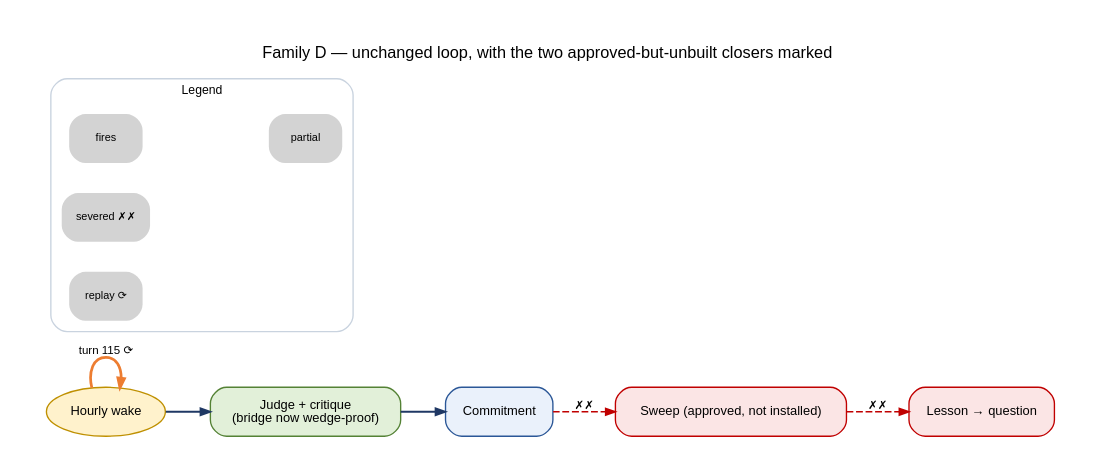
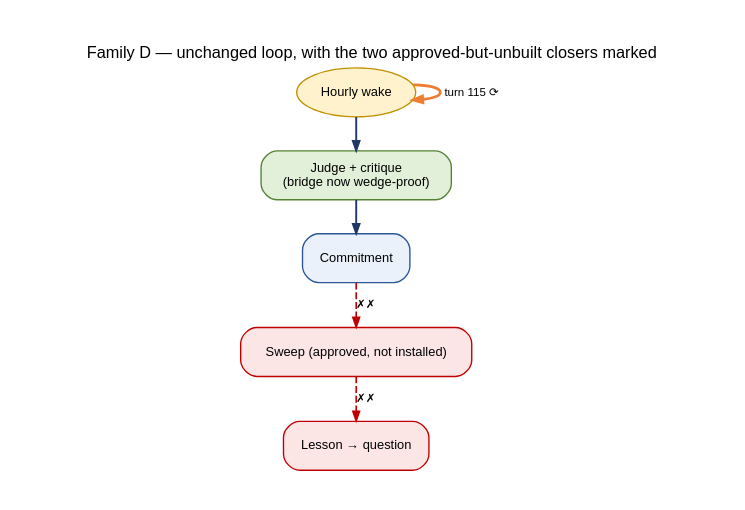
One commit to PatsKiller/tardeai changed the diagram in docs/architecture/lifecycles/LIFECYCLE_FACTBASE_D_COGNITION_2026-09-14.md. Above: the diagram before and after it, drawn with Graphviz. The commit also changed 11 other files, not shown here.

First line of the commit message:
docs(architecture): lifecycle flow diagrams top-down with a legend figure; wide diagrams re-laid out

````diff
--- a/docs/architecture/lifecycles/LIFECYCLE_FACTBASE_D_COGNITION_2026-09-14.md
+++ b/docs/architecture/lifecycles/LIFECYCLE_FACTBASE_D_COGNITION_2026-09-14.md
@@ -16,22 +16,17 @@
 ```dot
 digraph fb_d {
-  graph [rankdir=LR, fontname="Helvetica", fontsize=12, label="Family D — unchanged loop, with the two approved-but-unbuilt closers marked", labelloc=t, nodesep=0.3, ranksep=0.45, pad=0.3];
+  graph [rankdir=TB, fontname="Helvetica", fontsize=12, label="Family D — unchanged loop, with the two approved-but-unbuilt closers marked", labelloc=t, nodesep=0.25, ranksep=0.32, pad=0.3];
   node [style="rounded,filled", fontname="Helvetica", fontsize=9.5];
   edge [fontname="Helvetica", fontsize=8.5, arrowsize=0.7];
   wake [label="Hourly wake", shape=oval, fillcolor="#FFF2CC", color="#BF9000"];
   judge [label="Judge + critique\n(bridge now wedge-proof)", shape=box, fillcolor="#E2F0D9", color="#548235"];
   commit [label="Commitment", shape=box, fillcolor="#EAF1FB", color="#2B5797"];
   sweep [label="Sweep (approved, not installed)", shape=box, fillcolor="#FBE5E5", color="#C00000"];
   lesson [label="Lesson → question", shape=box, fillcolor="#FBE5E5", color="#C00000"];
   wake -> judge [color="#1F3864", penwidth=1.4];
   judge -> commit [color="#1F3864", penwidth=1.4];
   commit -> sweep [label="✗✗", color="#C00000", style=dashed, penwidth=1.2];
   sweep -> lesson [label="✗✗", color="#C00000", style=dashed, penwidth=1.2];
   wake -> wake [label="turn 115 ⟳", color="#ED7D31", style=bold];
-  subgraph cluster_legend { label="Legend"; fontsize=9; style=rounded; color="#C9D3DF";
-    lg1 [label="fires", shape=plaintext, fontsize=8]; lg2 [label="partial", shape=plaintext, fontsize=8];
-    lg3 [label="severed ✗✗", shape=plaintext, fontsize=8]; lg4 [label="replay ⟳", shape=plaintext, fontsize=8];
-    lg1 -> lg2 [color="#548235", penwidth=1.3, style=invis]; 
-  }
 }
 ```
````
